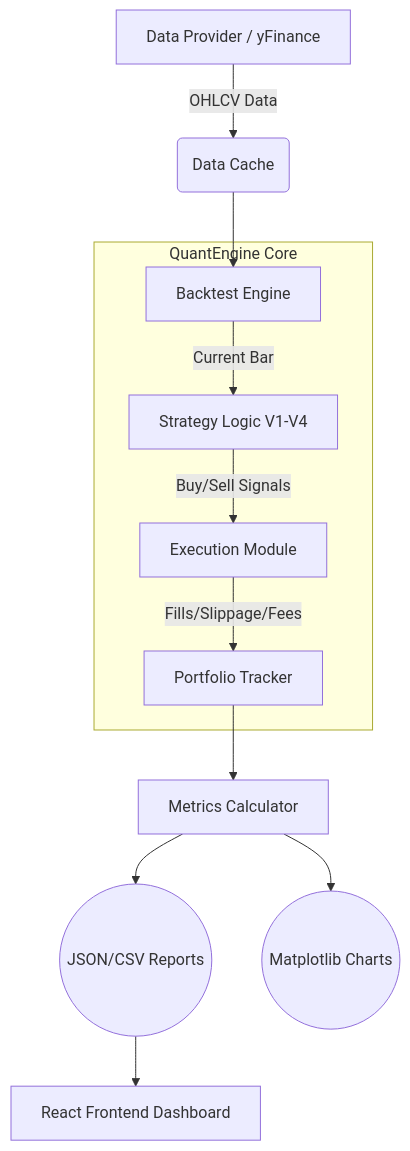
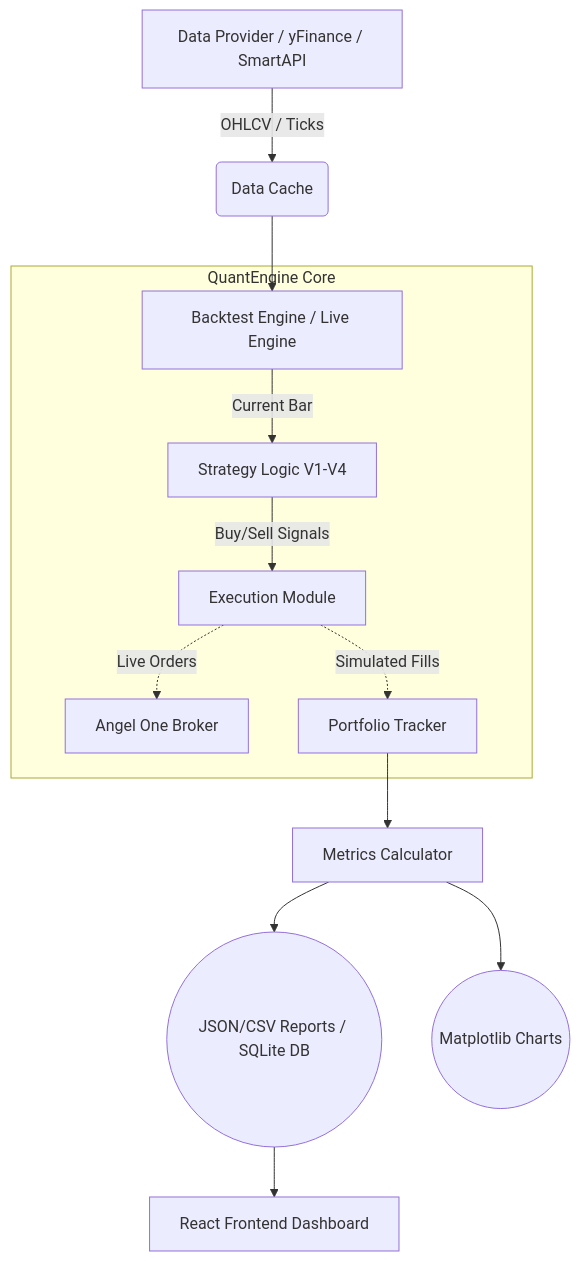
The diagram in README.md (Anupthakurr/trading-bot), drawn with Mermaid before and after one commit. The commit also changed other lines of this file, not shown here.

Commit message:
Update README with live trading instructions and architecture

````diff
--- a/README.md
+++ b/README.md
@@ -65,17 +66,18 @@
 ```mermaid
 graph TD
-    A[Data Provider / yFinance] -->|OHLCV Data| B(Data Cache)
-    B --> C[Backtest Engine]
+    A[Data Provider / yFinance / SmartAPI] -->|OHLCV / Ticks| B(Data Cache)
+    B --> C[Backtest Engine / Live Engine]
     
     subgraph QuantEngine Core
     C -->|Current Bar| D[Strategy Logic V1-V4]
     D -->|Buy/Sell Signals| E[Execution Module]
-    E -->|Fills/Slippage/Fees| F[Portfolio Tracker]
+    E -.->|Live Orders| B1[Angel One Broker]
+    E -.->|Simulated Fills| F[Portfolio Tracker]
     end
     
     F --> G[Metrics Calculator]
-    G --> H((JSON/CSV Reports))
+    G --> H((JSON/CSV Reports / SQLite DB))
     G --> I((Matplotlib Charts))
     
     H --> J[React Frontend Dashboard]
 ```
````
